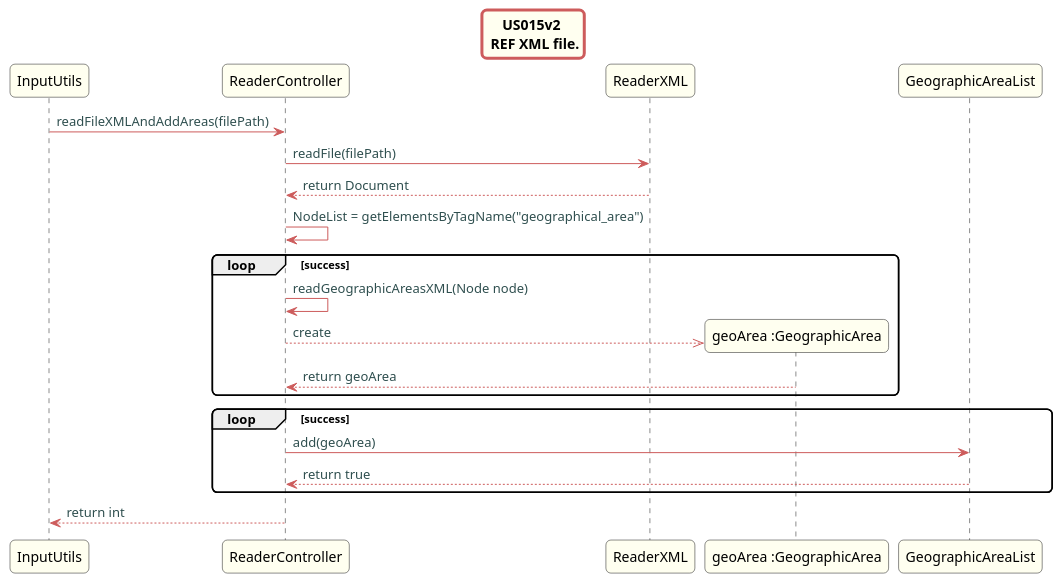
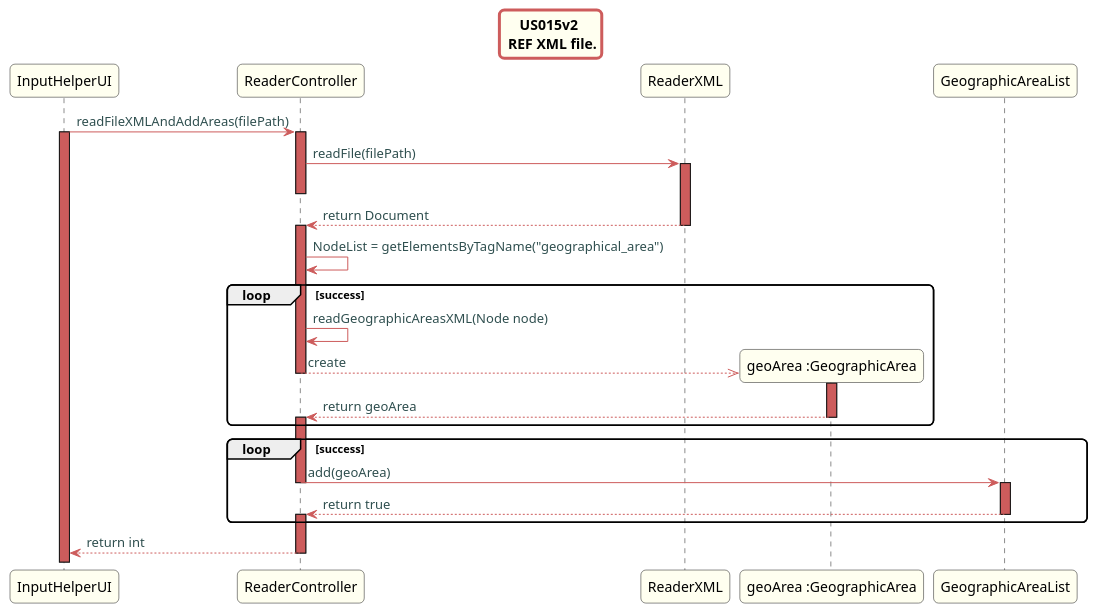
One commit to Almadanmp/project changed the diagram in src/doc/Controllers/HouseConfiguration/US15/US15v2_REF_XML_sd_HouseConfiguration.puml. Above: the diagram before and after it, drawn with PlantUML. The commit also changed 4 other files, not shown here.

Commit message:
REF #178 updated class diagram and sequence diagram for us15v2

```diff
--- a/src/doc/Controllers/HouseConfiguration/US15/US15v2_REF_XML_sd_HouseConfiguration.puml
+++ b/src/doc/Controllers/HouseConfiguration/US15/US15v2_REF_XML_sd_HouseConfiguration.puml
@@ -1,44 +1,66 @@
 @startuml
 title US015v2 \n REF XML file.
 skinparam titleBorderRoundCorner 10
 skinparam titleBorderThickness 3
 skinparam titleBorderColor indianred
 skinparam titleBackgroundColor ivory
 skinparam FontName quicksand
 
 skinparam actor {
   BorderColor indianred
   }
 
 skinparam sequence {
   LifeLineBackgroundColor indianred
   ParticipantBackgroundColor ivory
 }
 
 skinparam roundcorner 10
 
 skinparam component {
   arrowThickness 1
   ArrowFontName Verdana
   ArrowColor indianred
   ArrowFontColor darkslategrey
 }
 
 
-InputUtils -> ReaderController: readFileXMLAndAddAreas(filePath)
+InputHelperUI -> ReaderController: readFileXMLAndAddAreas(filePath)
+activate InputHelperUI
+activate ReaderController
 ReaderController -> ReaderXML: readFile(filePath)
+activate ReaderXML
+deactivate ReaderController
+
 ReaderXML --> ReaderController: return Document
+deactivate ReaderXML
+
+activate ReaderController
 ReaderController->ReaderController:NodeList = getElementsByTagName("geographical_area")
 loop success
 ReaderController->ReaderController:readGeographicAreasXML(Node node)
 create "geoArea :GeographicArea"
 ReaderController -->> "geoArea :GeographicArea": create
+activate "geoArea :GeographicArea"
+deactivate ReaderController
+
 "geoArea :GeographicArea" --> ReaderController: return geoArea
+deactivate "geoArea :GeographicArea"
+activate ReaderController
 end loop
 
 loop success
 ReaderController -> GeographicAreaList: add(geoArea)
-return return true
+deactivate ReaderController
+activate GeographicAreaList
+
+GeographicAreaList-->ReaderController: return true
+deactivate GeographicAreaList
+
+activate ReaderController
+
 end loop
-ReaderController --> InputUtils: return int
+ReaderController --> InputHelperUI: return int
+deactivate ReaderController
+
 @enduml
```
